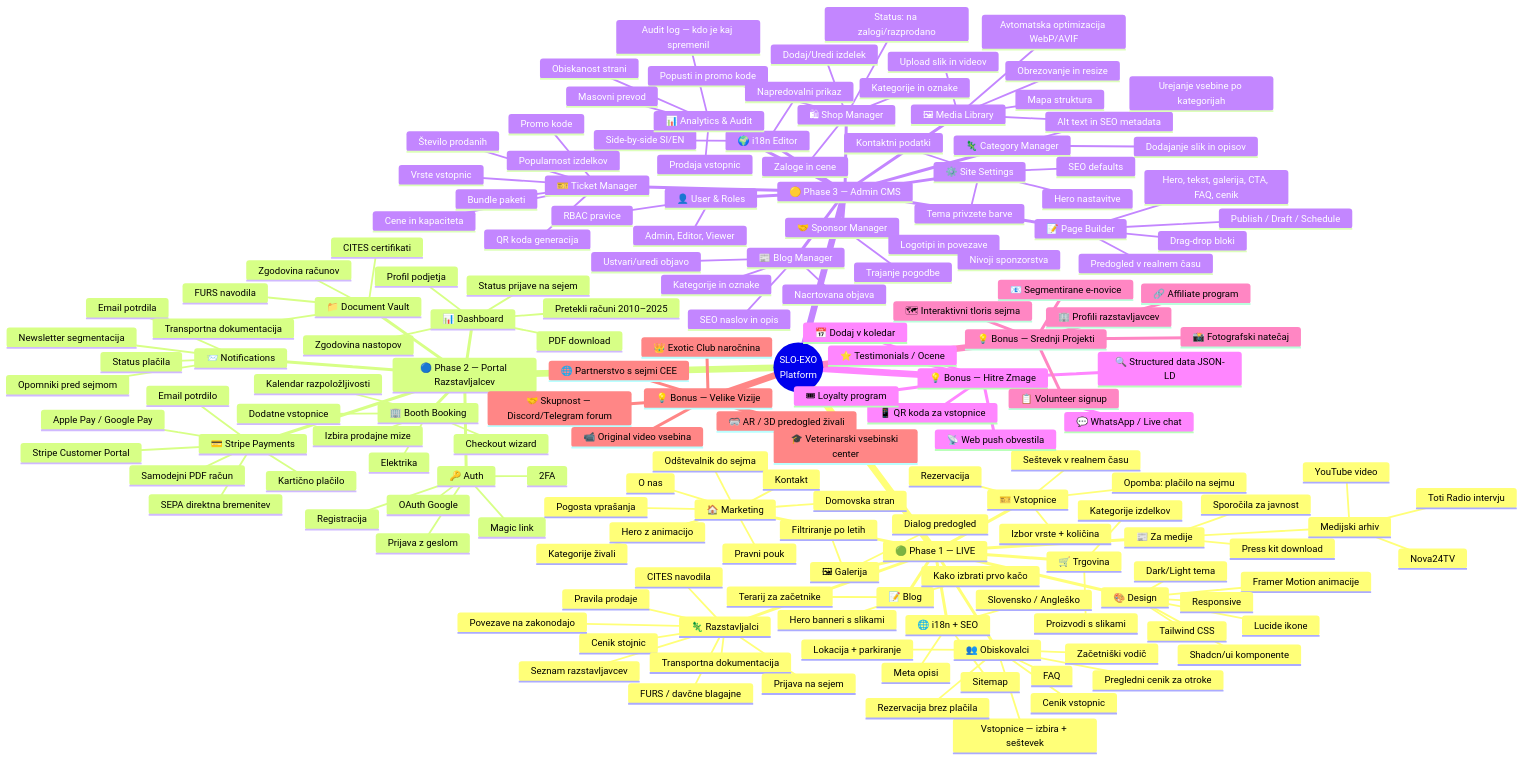
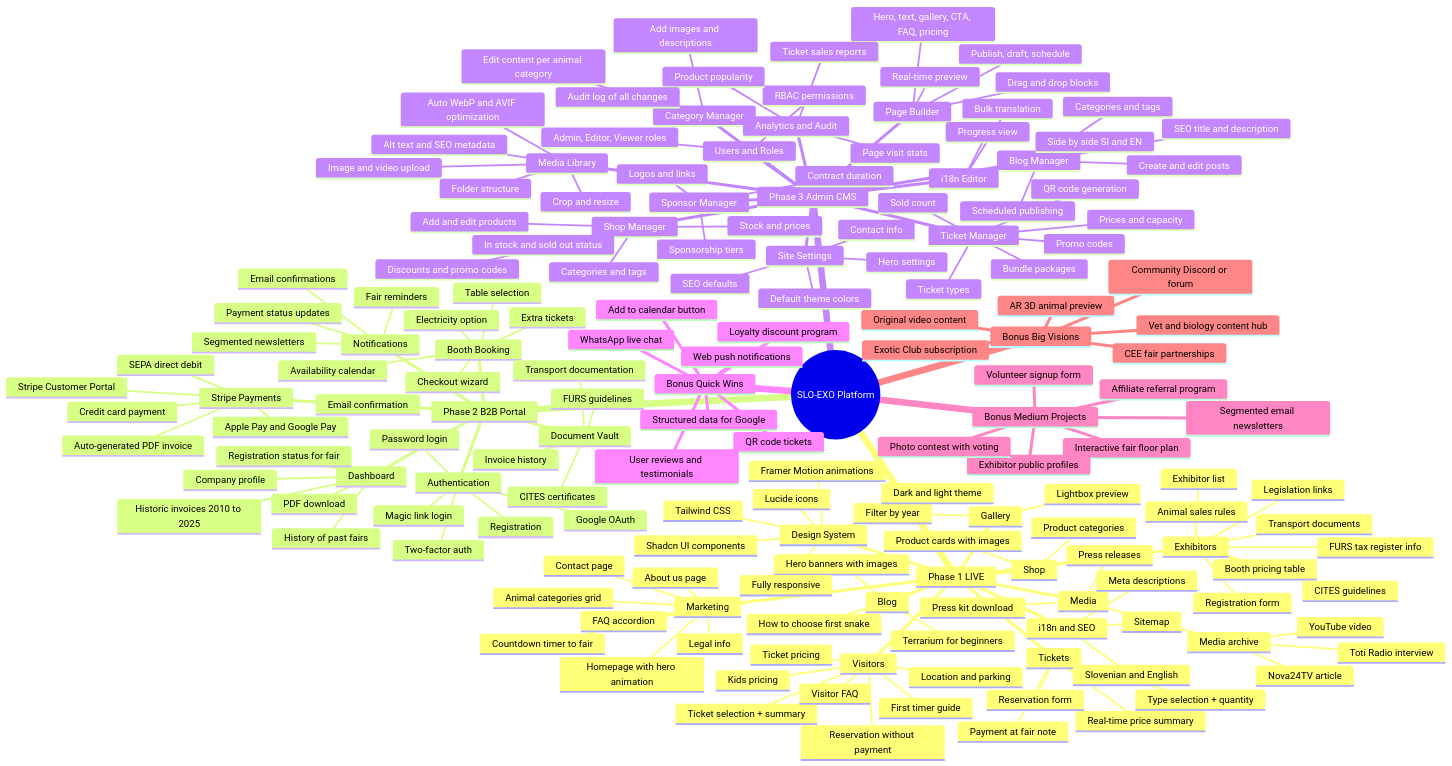
Before and after one commit to Tony33344/slo_exo: the diagram in SLO-EXO-Mindmap.md, drawn with Mermaid. The commit also changed other lines of this file, not shown here.

Commit message:
docs: fix Mermaid mindmap syntax - remove br tags and em dashes

````diff
--- a/SLO-EXO-Mindmap.md
+++ b/SLO-EXO-Mindmap.md
@@ -6,176 +5,175 @@
 ```mermaid
 mindmap
-  root((SLO-EXO<br/>Platform))
-    🟢 Phase 1 — LIVE
-      🏠 Marketing
-        Domovska stran
-        Hero z animacijo
-        Odštevalnik do sejma
-        Kategorije živali
-        O nas
-        Kontakt
-        Pravni pouk
-        Pogosta vprašanja
-      👥 Obiskovalci
-        Cenik vstopnic
-        Vstopnice — izbira + seštevek
-        Rezervacija brez plačila
-        Pregledni cenik za otroke
-        Začetniški vodič
-        Lokacija + parkiranje
-        FAQ
-      🦎 Razstavljalci
-        Cenik stojnic
-        Pravila prodaje
-        CITES navodila
-        FURS / davčne blagajne
-        Transportna dokumentacija
-        Povezave na zakonodajo
-        Prijava na sejem
-        Seznam razstavljavcev
-      📝 Blog
-        Terarij za začetnike
-        Kako izbrati prvo kačo
-        Hero banneri s slikami
-      🖼 Galerija
-        Filtriranje po letih
-        Dialog predogled
-      🎫 Vstopnice
-        Izbor vrste + količina
-        Seštevek v realnem času
-        Rezervacija
-        Opomba: plačilo na sejmu
-      🛒 Trgovina
-        Kategorije izdelkov
-        Proizvodi s slikami
-      📰 Za medije
+  root((SLO-EXO Platform))
+    Phase 1 LIVE
+      Marketing
+        Homepage with hero animation
+        Countdown timer to fair
+        Animal categories grid
+        About us page
+        Contact page
+        Legal info
+        FAQ accordion
+      Visitors
+        Ticket pricing
+        Ticket selection + summary
+        Reservation without payment
+        Kids pricing
+        First timer guide
+        Location and parking
+        Visitor FAQ
+      Exhibitors
+        Booth pricing table
+        Animal sales rules
+        CITES guidelines
+        FURS tax register info
+        Transport documents
+        Legislation links
+        Registration form
+        Exhibitor list
+      Blog
+        Terrarium for beginners
+        How to choose first snake
+        Hero banners with images
+      Gallery
+        Filter by year
+        Lightbox preview
+      Tickets
+        Type selection + quantity
+        Real-time price summary
+        Reservation form
+        Payment at fair note
+      Shop
+        Product categories
+        Product cards with images
+      Media
         Press kit download
-        Sporočila za javnost
-        Medijski arhiv
-          Nova24TV
+        Press releases
+        Media archive
+          Nova24TV article
           YouTube video
-          Toti Radio intervju
-      🌐 i18n + SEO
-        Slovensko / Angleško
+          Toti Radio interview
+      i18n and SEO
+        Slovenian and English
         Sitemap
-        Meta opisi
-      🎨 Design
-        Dark/Light tema
+        Meta descriptions
+      Design System
+        Dark and light theme
         Tailwind CSS
-        Framer Motion animacije
-        Responsive
-        Shadcn/ui komponente
-        Lucide ikone
-    🔵 Phase 2 — Portal Razstavljalcev
-      🔑 Auth
-        Registracija
-        Prijava z geslom
-        Magic link
-        OAuth Google
-        2FA
-      📊 Dashboard
-        Status prijave na sejem
-        Zgodovina nastopov
-        Pretekli računi 2010–2025
+        Framer Motion animations
+        Fully responsive
+        Shadcn UI components
+        Lucide icons
+    Phase 2 B2B Portal
+      Authentication
+        Registration
+        Password login
+        Magic link login
+        Google OAuth
+        Two-factor auth
+      Dashboard
+        Registration status for fair
+        History of past fairs
+        Historic invoices 2010 to 2025
         PDF download
-        Profil podjetja
-      🏢 Booth Booking
-        Izbira prodajne mize
-        Elektrika
-        Dodatne vstopnice
-        Kalendar razpoložljivosti
+        Company profile
+      Booth Booking
+        Table selection
+        Electricity option
+        Extra tickets
+        Availability calendar
         Checkout wizard
-      💳 Stripe Payments
-        Kartično plačilo
-        Apple Pay / Google Pay
-        SEPA direktna bremenitev
-        Samodejni PDF račun
-        Email potrdilo
+      Stripe Payments
+        Credit card payment
+        Apple Pay and Google Pay
+        SEPA direct debit
+        Auto-generated PDF invoice
+        Email confirmation
         Stripe Customer Portal
-      📨 Notifications
-        Email potrdila
-        Opomniki pred sejmom
-        Status plačila
-        Newsletter segmentacija
-      📁 Document Vault
-        CITES certifikati
-        Transportna dokumentacija
-        FURS navodila
-        Zgodovina računov
-    🟡 Phase 3 — Admin CMS
-      📝 Page Builder
-        Drag-drop bloki
-        Hero, tekst, galerija, CTA, FAQ, cenik
-        Predogled v realnem času
-        Publish / Draft / Schedule
-      🖼 Media Library
-        Upload slik in videov
-        Avtomatska optimizacija WebP/AVIF
-        Obrezovanje in resize
-        Alt text in SEO metadata
-        Mapa struktura
-      🛍 Shop Manager
-        Dodaj/Uredi izdelek
-        Zaloge in cene
-        Kategorije in oznake
-        Popusti in promo kode
-        Status: na zalogi/razprodano
-      🎫 Ticket Manager
-        Vrste vstopnic
-        Cene in kapaciteta
-        Število prodanih
-        Promo kode
-        Bundle paketi
-        QR koda generacija
-      📰 Blog Manager
-        Ustvari/uredi objavo
-        Kategorije in oznake
-        SEO naslov in opis
-        Nacrtovana objava
-      🤝 Sponsor Manager
-        Logotipi in povezave
-        Nivoji sponzorstva
-        Trajanje pogodbe
-      🦎 Category Manager
-        Urejanje vsebine po kategorijah
-        Dodajanje slik in opisov
-      🌍 i18n Editor
-        Side-by-side SI/EN
-        Masovni prevod
-        Napredovalni prikaz
-      👤 User & Roles
-        Admin, Editor, Viewer
-        RBAC pravice
-      ⚙️ Site Settings
+      Notifications
+        Email confirmations
+        Fair reminders
+        Payment status updates
+        Segmented newsletters
+      Document Vault
+        CITES certificates
+        Transport documentation
+        FURS guidelines
+        Invoice history
+    Phase 3 Admin CMS
+      Page Builder
+        Drag and drop blocks
+        Hero, text, gallery, CTA, FAQ, pricing
+        Real-time preview
+        Publish, draft, schedule
+      Media Library
+        Image and video upload
+        Auto WebP and AVIF optimization
+        Crop and resize
+        Alt text and SEO metadata
+        Folder structure
+      Shop Manager
+        Add and edit products
+        Stock and prices
+        Categories and tags
+        Discounts and promo codes
+        In stock and sold out status
+      Ticket Manager
+        Ticket types
+        Prices and capacity
+        Sold count
+        Promo codes
+        Bundle packages
+        QR code generation
+      Blog Manager
+        Create and edit posts
+        Categories and tags
+        SEO title and description
+        Scheduled publishing
+      Sponsor Manager
+        Logos and links
+        Sponsorship tiers
+        Contract duration
+      Category Manager
+        Edit content per animal category
+        Add images and descriptions
+      i18n Editor
+        Side by side SI and EN
+        Bulk translation
+        Progress view
+      Users and Roles
+        Admin, Editor, Viewer roles
+        RBAC permissions
+      Site Settings
         SEO defaults
-        Kontaktni podatki
-        Hero nastavitve
-        Tema privzete barve
-      📊 Analytics & Audit
-        Prodaja vstopnic
-        Obiskanost strani
-        Popularnost izdelkov
-        Audit log — kdo je kaj spremenil
-    💡 Bonus — Hitre Zmage
-      📱 QR koda za vstopnice
-      📅 Dodaj v koledar
-      💬 WhatsApp / Live chat
-      🔍 Structured data JSON-LD
-      📡 Web push obvestila
-      🎟 Loyalty program
-      ⭐ Testimonials / Ocene
-    💡 Bonus — Srednji Projekti
-      🗺 Interaktivni tloris sejma
-      🏢 Profili razstavljavcev
-      📸 Fotografski natečaj
-      📧 Segmentirane e-novice
-      🔗 Affiliate program
-      📋 Volunteer signup
-    💡 Bonus — Velike Vizije
-      🥽 AR / 3D predogled živali
-      👑 Exotic Club naročnina
-      🎓 Veterinarski vsebinski center
-      🌐 Partnerstvo s sejmi CEE
-      📹 Original video vsebina
-      🤝 Skupnost — Discord/Telegram forum
+        Contact info
+        Hero settings
+        Default theme colors
+      Analytics and Audit
+        Ticket sales reports
+        Page visit stats
+        Product popularity
+        Audit log of all changes
+    Bonus Quick Wins
+      QR code tickets
+      Add to calendar button
+      WhatsApp live chat
+      Structured data for Google
+      Web push notifications
+      Loyalty discount program
+      User reviews and testimonials
+    Bonus Medium Projects
+      Interactive fair floor plan
+      Exhibitor public profiles
+      Photo contest with voting
+      Segmented email newsletters
+      Affiliate referral program
+      Volunteer signup form
+    Bonus Big Visions
+      AR 3D animal preview
+      Exotic Club subscription
+      Vet and biology content hub
+      CEE fair partnerships
+      Original video content
+      Community Discord or forum
 ```
````
